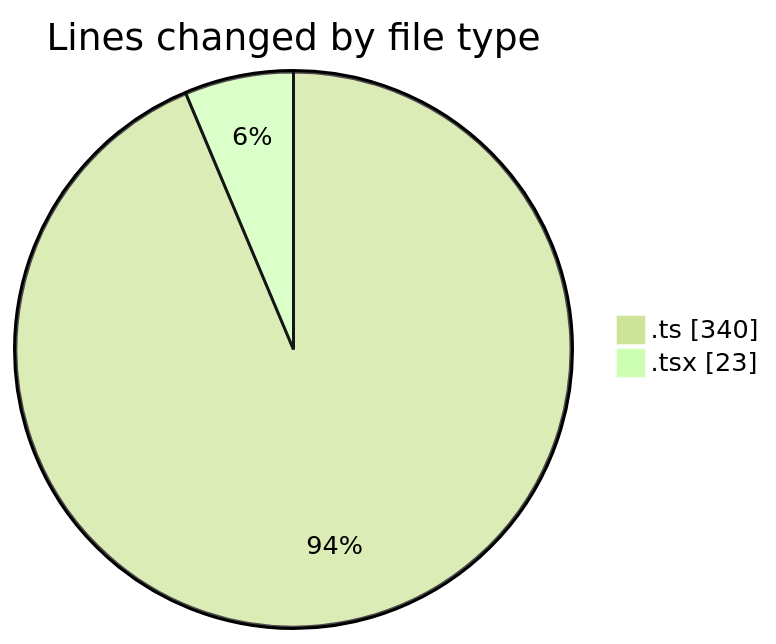
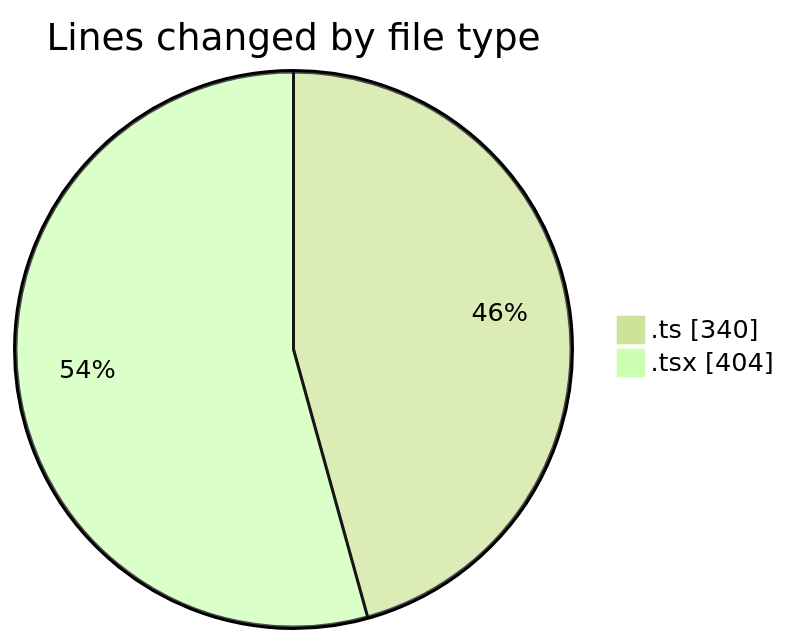
One commit to momahboobian/code-tracking changed the first of 2 diagrams in 2026-10-15/cda/README.md. Above: the diagram before and after it, drawn with Mermaid (forest theme). The commit also changed other lines of this file and 1 other file, not shown here.

````diff
--- a/2026-10-15/cda/README.md
+++ b/2026-10-15/cda/README.md
@@ -23,6 +24,6 @@
 ```mermaid
 pie showData
 title Lines changed by file type
 ".ts" : 340
-".tsx" : 23
+".tsx" : 404
 ```
````
